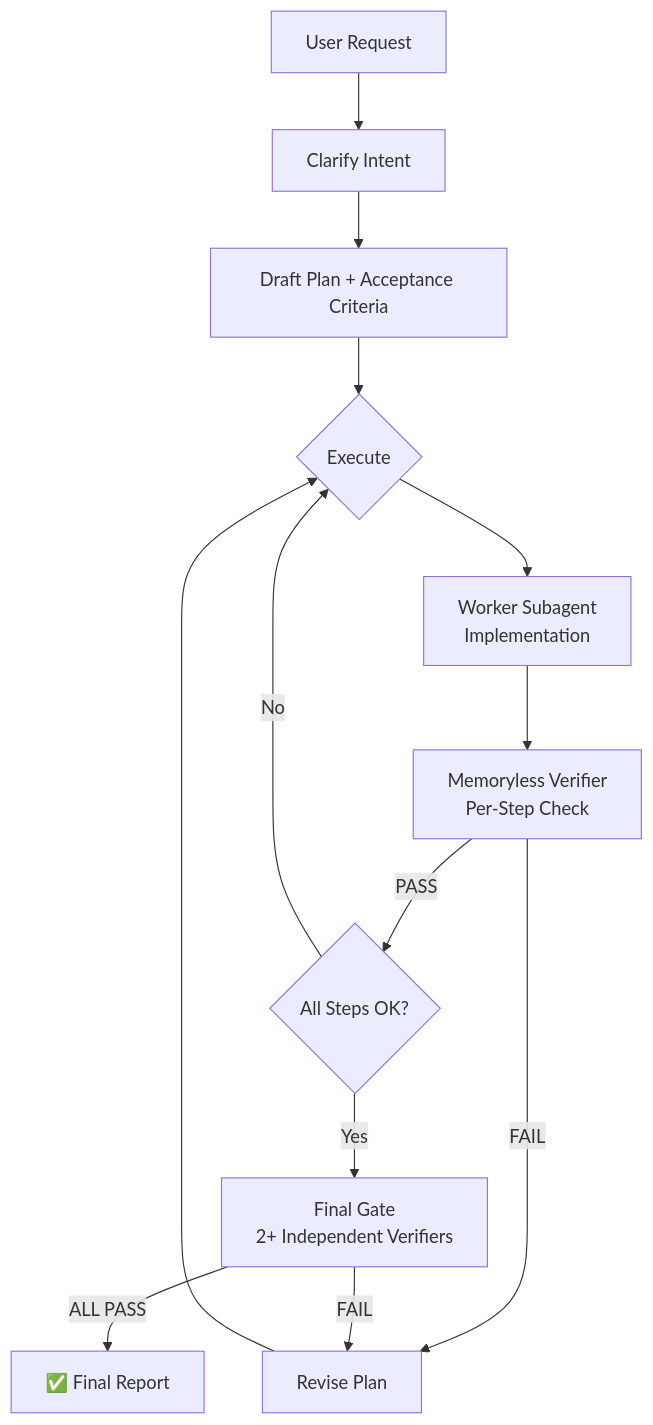
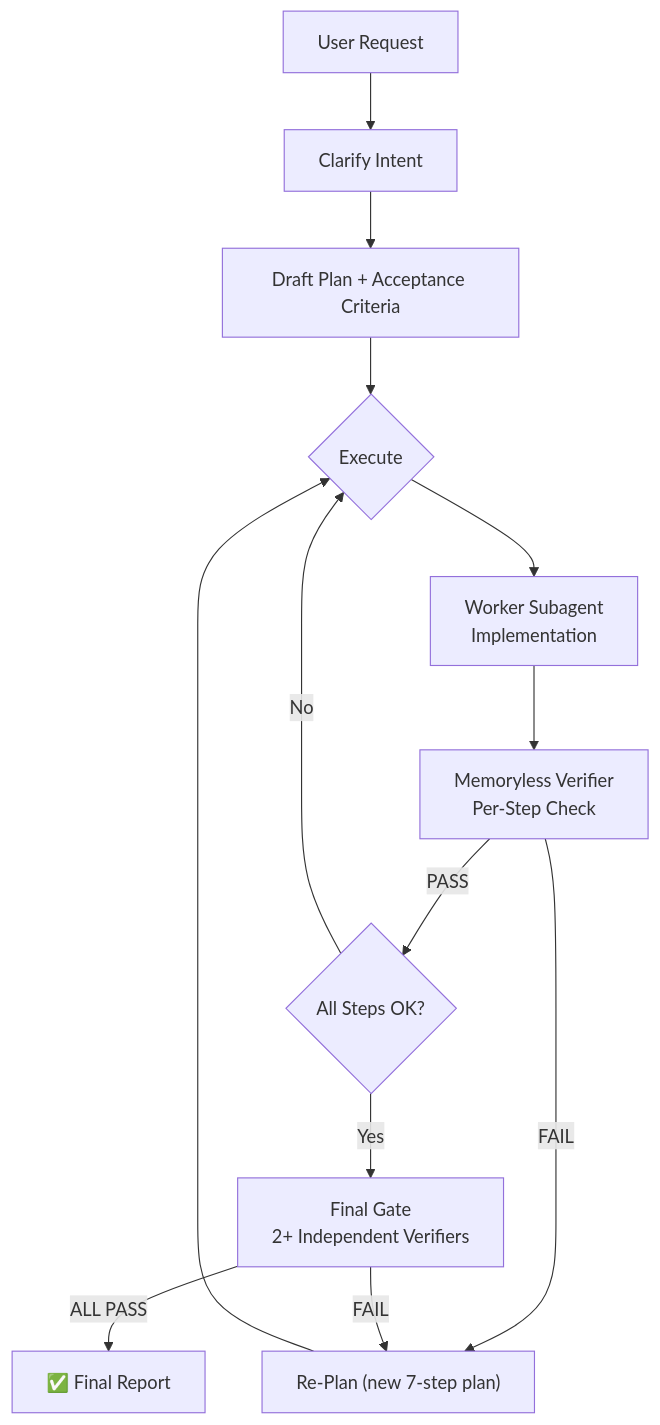
Before and after one commit to bauerelizabeth07139/plan-guardian-skill: the diagram in README.md, drawn with Mermaid. The commit also changed other lines of this file, not shown here.

Commit message:
docs: update README for v1.1.0 — 7-step plans, multimodal, re-planning protocol

````diff
--- a/README.md
+++ b/README.md
@@ -35,14 +35,14 @@
 ```mermaid
 flowchart TD
     A[User Request] --> B[Clarify Intent]
     B --> C[Draft Plan + Acceptance Criteria]
     C --> D{Execute}
     D --> E[Worker Subagent<br/>Implementation]
     E --> F[Memoryless Verifier<br/>Per-Step Check]
     F -->|PASS| G{All Steps OK?}
-    F -->|FAIL| H[Revise Plan] --> D
+    F -->|FAIL| H["Re-Plan (new 7-step plan)"] --> D
     G -->|Yes| I[Final Gate<br/>2+ Independent Verifiers]
     G -->|No| D
     I -->|ALL PASS| J[✅ Final Report]
     I -->|FAIL| H
 ```
````
